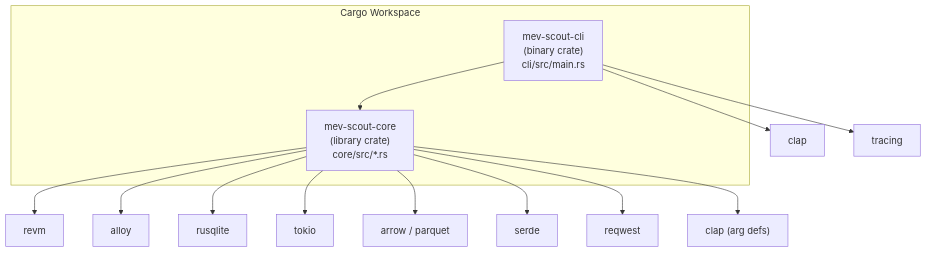
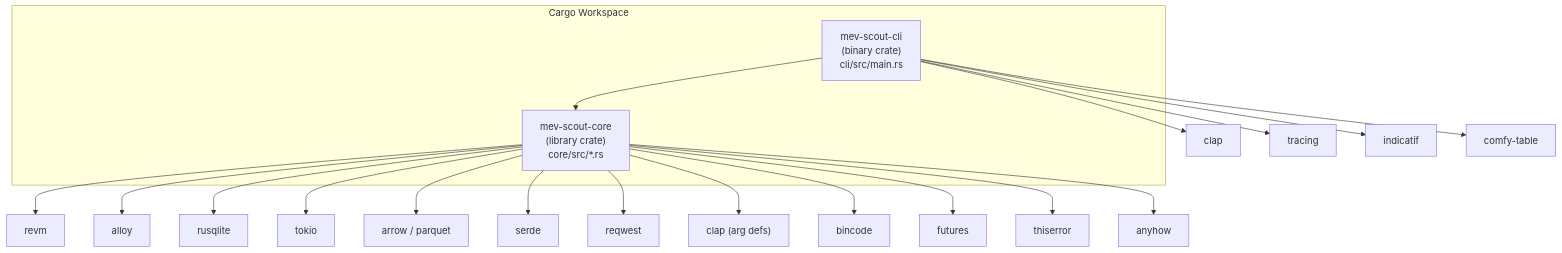
The first of 7 diagrams in ARCHITECTURE.md (moha-moradi/mev-scout), drawn with Mermaid before and after one commit. The commit also changed other lines of this file and 2 other files, not shown here.

````diff
--- a/ARCHITECTURE.md
+++ b/ARCHITECTURE.md
@@ -5,19 +5,25 @@
 ```mermaid
 flowchart TB
     subgraph workspace["Cargo Workspace"]
         cli["mev-scout-cli\n(binary crate)\ncli/src/main.rs"]
         core["mev-scout-core\n(library crate)\ncore/src/*.rs"]
     end
 
     cli --> core
     cli --> clap
     cli --> tracing
+    cli --> indicatif
+    cli --> comfy_table["comfy-table"]
     core --> revm
     core --> alloy
     core --> rusqlite
     core --> tokio
     core --> arrow_parquet["arrow / parquet"]
     core --> serde
     core --> reqwest
     core --> clap_core["clap (arg defs)"]
+    core --> bincode
+    core --> futures
+    core --> thiserror
+    core --> anyhow
 ```
````
